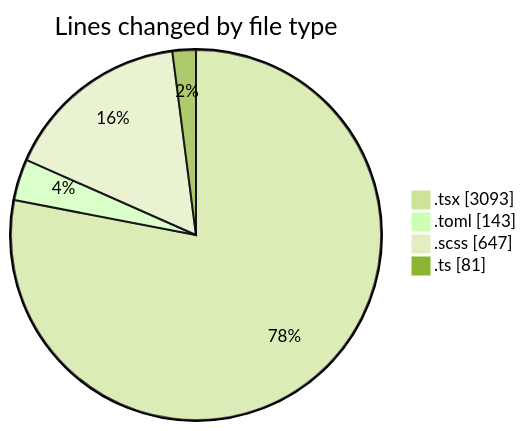
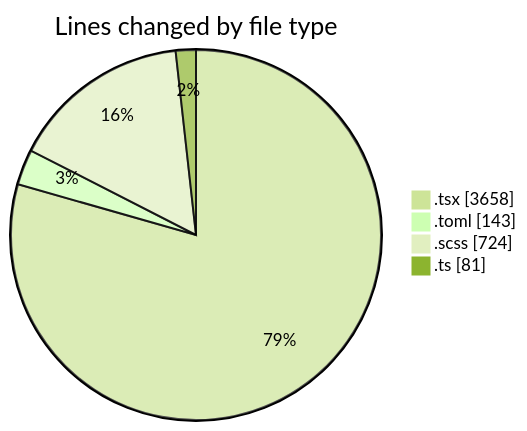
One commit to momahboobian/code-tracking changed the first of 2 diagrams in 2026-11-02/cda/README.md. Above: the diagram before and after it, drawn with Mermaid (forest theme). The commit also changed other lines of this file and 1 other file, not shown here.

````diff
--- a/2026-11-02/cda/README.md
+++ b/2026-11-02/cda/README.md
@@ -46,8 +49,8 @@
 ```mermaid
 pie showData
 title Lines changed by file type
-".tsx" : 3093
+".tsx" : 3658
 ".toml" : 143
-".scss" : 647
+".scss" : 724
 ".ts" : 81
 ```
````
